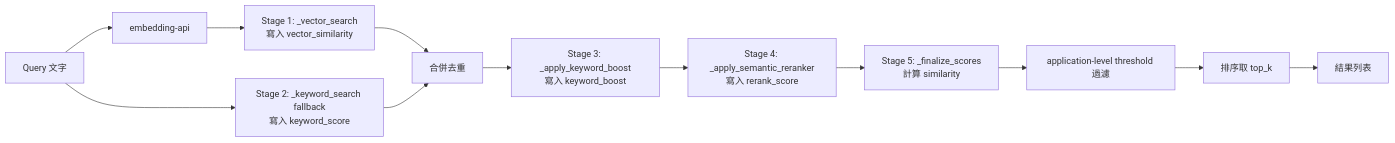
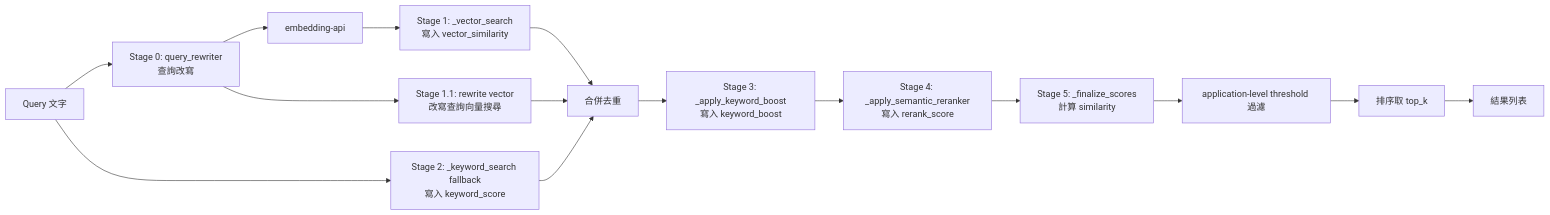
The diagram in docs/architecture/retriever-pipeline.md (JGBlenny/AIChatbot), drawn with Mermaid before and after one commit. The commit also changed other lines of this file and 107 other files, not shown here.

First line of the commit message:
docs: P0 驗證修正 — architecture/ steering/ api/ 內容與程式碼對齊

````diff
--- a/docs/architecture/retriever-pipeline.md
+++ b/docs/architecture/retriever-pipeline.md
@@ -14,14 +14,17 @@
 ```mermaid
 graph LR
-    Q[Query 文字] --> EMB[embedding-api]
+    Q[Query 文字] --> QR[Stage 0: query_rewriter<br/>查詢改寫]
+    QR --> EMB[embedding-api]
     EMB --> Vec[Stage 1: _vector_search<br/>寫入 vector_similarity]
+    QR --> RVec[Stage 1.1: rewrite vector<br/>改寫查詢向量搜尋]
     Q --> KW[Stage 2: _keyword_search fallback<br/>寫入 keyword_score]
     Vec --> Merge[合併去重]
+    RVec --> Merge
     KW --> Merge
     Merge --> Boost[Stage 3: _apply_keyword_boost<br/>寫入 keyword_boost]
     Boost --> Rerank[Stage 4: _apply_semantic_reranker<br/>寫入 rerank_score]
     Rerank --> Final[Stage 5: _finalize_scores<br/>計算 similarity]
     Final --> Filter[application-level threshold 過濾]
     Filter --> TopK[排序取 top_k]
     TopK --> Out[結果列表]
 ```
````
